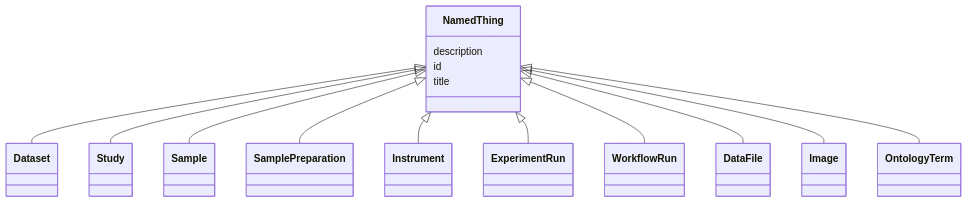
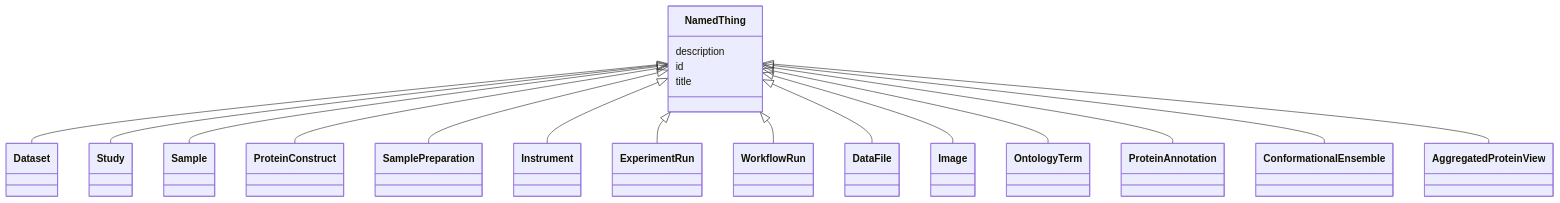
One commit to lambda-ber/lambda-ber-schema changed the diagram in docs/NamedThing.md. Above: the diagram before and after it, drawn with Mermaid. The commit also changed other lines of this file and 338 other files, not shown here.

````diff
--- a/docs/NamedThing.md
+++ b/docs/NamedThing.md
@@ -20,33 +20,41 @@
 ```mermaid
  classDiagram
     class NamedThing
     click NamedThing href "../NamedThing/"
       NamedThing <|-- Dataset
         click Dataset href "../Dataset/"
       NamedThing <|-- Study
         click Study href "../Study/"
       NamedThing <|-- Sample
         click Sample href "../Sample/"
+      NamedThing <|-- ProteinConstruct
+        click ProteinConstruct href "../ProteinConstruct/"
       NamedThing <|-- SamplePreparation
         click SamplePreparation href "../SamplePreparation/"
       NamedThing <|-- Instrument
         click Instrument href "../Instrument/"
       NamedThing <|-- ExperimentRun
         click ExperimentRun href "../ExperimentRun/"
       NamedThing <|-- WorkflowRun
         click WorkflowRun href "../WorkflowRun/"
       NamedThing <|-- DataFile
         click DataFile href "../DataFile/"
       NamedThing <|-- Image
         click Image href "../Image/"
       NamedThing <|-- OntologyTerm
         click OntologyTerm href "../OntologyTerm/"
+      NamedThing <|-- ProteinAnnotation
+        click ProteinAnnotation href "../ProteinAnnotation/"
+      NamedThing <|-- ConformationalEnsemble
+        click ConformationalEnsemble href "../ConformationalEnsemble/"
+      NamedThing <|-- AggregatedProteinView
+        click AggregatedProteinView href "../AggregatedProteinView/"
       
       NamedThing : description
         
       NamedThing : id
         
       NamedThing : title
         
       
 ```
````
